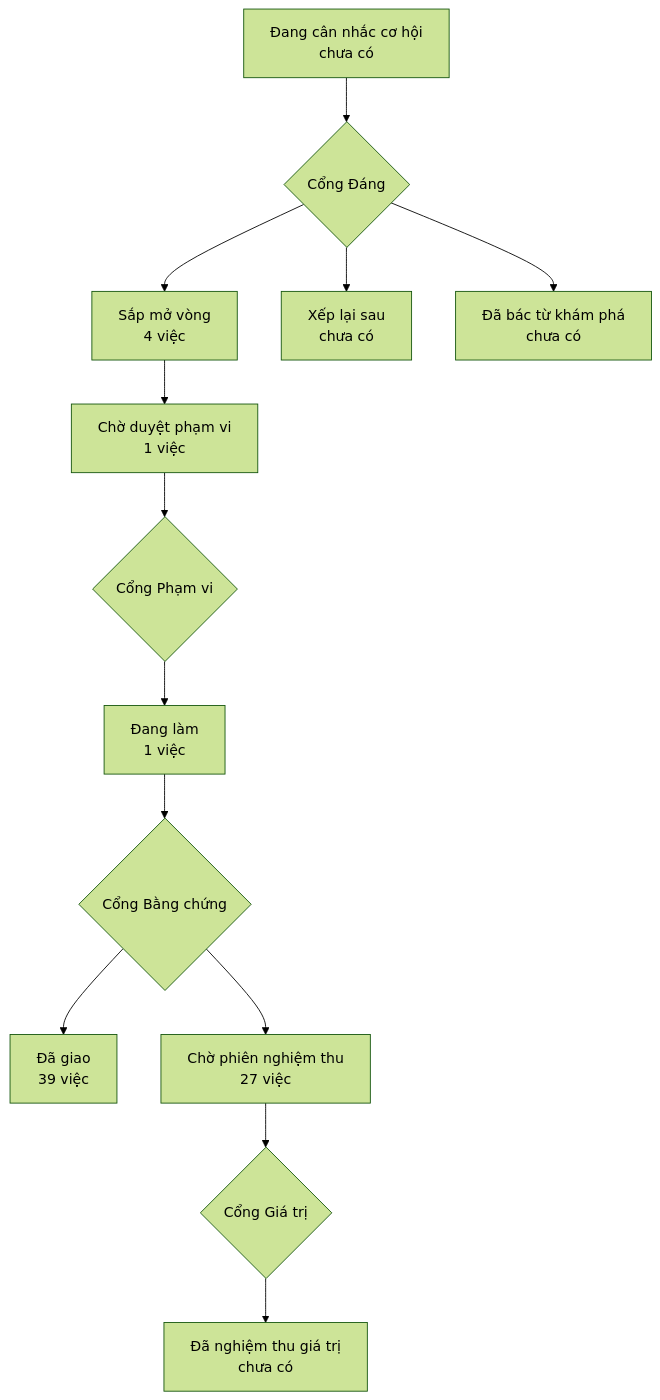
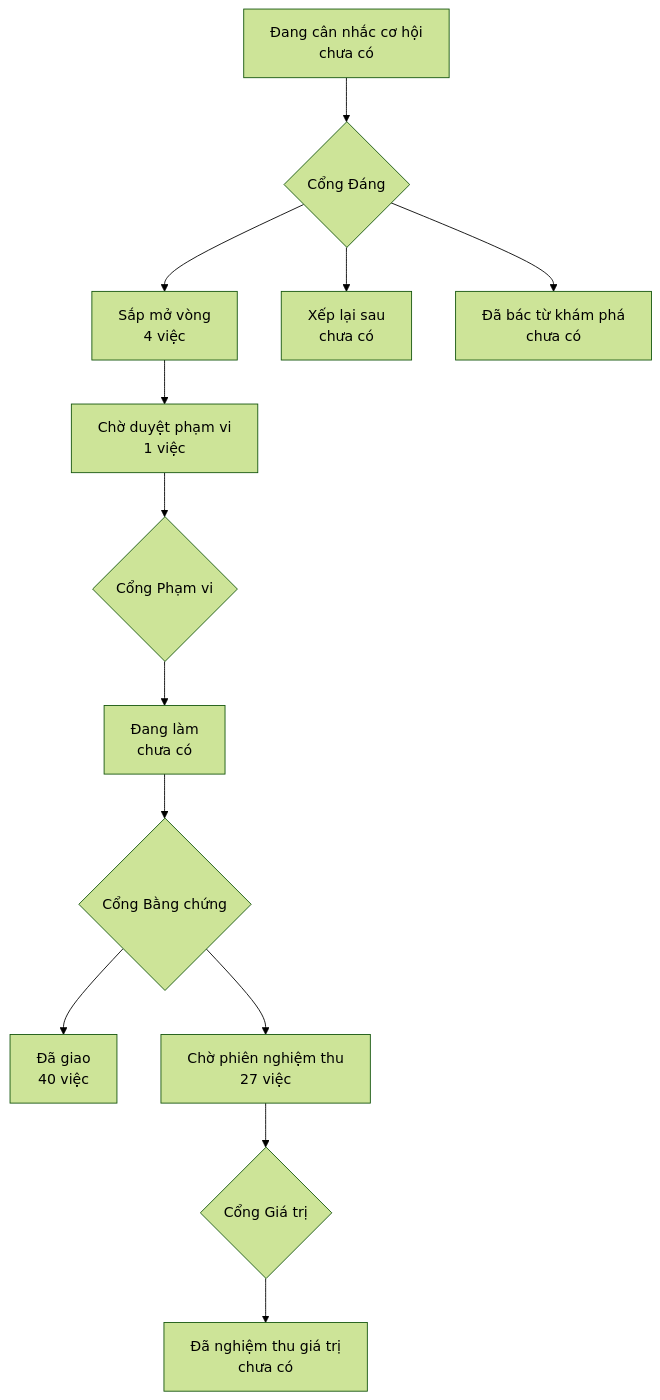
One commit to phanlemanh/onehub-invest changed the diagram in PRODUCT-MAP.md. Above: the diagram before and after it, drawn with Mermaid (forest theme). The commit also changed other lines of this file and 4 other files, not shown here.

````diff
--- a/PRODUCT-MAP.md
+++ b/PRODUCT-MAP.md
@@ -7,12 +7,12 @@
 ```mermaid
 flowchart TD
   A["Đang cân nhắc cơ hội<br/>chưa có"] --> GD{"Cổng Đáng"}
   GD --> B["Sắp mở vòng<br/>4 việc"]
   GD --> XL["Xếp lại sau<br/>chưa có"]
   GD --> DB["Đã bác từ khám phá<br/>chưa có"]
   B --> CD["Chờ duyệt phạm vi<br/>1 việc"] --> GP{"Cổng Phạm vi"}
-  GP --> DL["Đang làm<br/>1 việc"] --> GB{"Cổng Bằng chứng"}
-  GB --> DG["Đã giao<br/>39 việc"]
+  GP --> DL["Đang làm<br/>chưa có"] --> GB{"Cổng Bằng chứng"}
+  GB --> DG["Đã giao<br/>40 việc"]
   GB --> CN["Chờ phiên nghiệm thu<br/>27 việc"] --> GG{"Cổng Giá trị"}
   GG --> NT["Đã nghiệm thu giá trị<br/>chưa có"]
 ```
````
